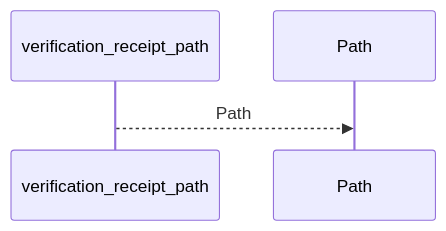
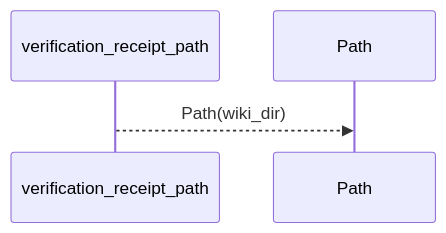
One commit to Denissvgn/python-wiki-llm changed the first of 2 diagrams in docs/llm_wiki/flows/api-verification_receipt_path.md. Above: the diagram before and after it, drawn with Mermaid. The commit also changed other lines of this file and 1410 other files, not shown here.

````diff
--- a/docs/llm_wiki/flows/api-verification_receipt_path.md
+++ b/docs/llm_wiki/flows/api-verification_receipt_path.md
@@ -10,6 +12,6 @@
 ```mermaid
 sequenceDiagram
     participant p0 as verification_receipt_path
     participant p1 as Path
-    p0-->>p1: Path
+    p0-->>p1: Path(wiki_dir)
 ```
````
